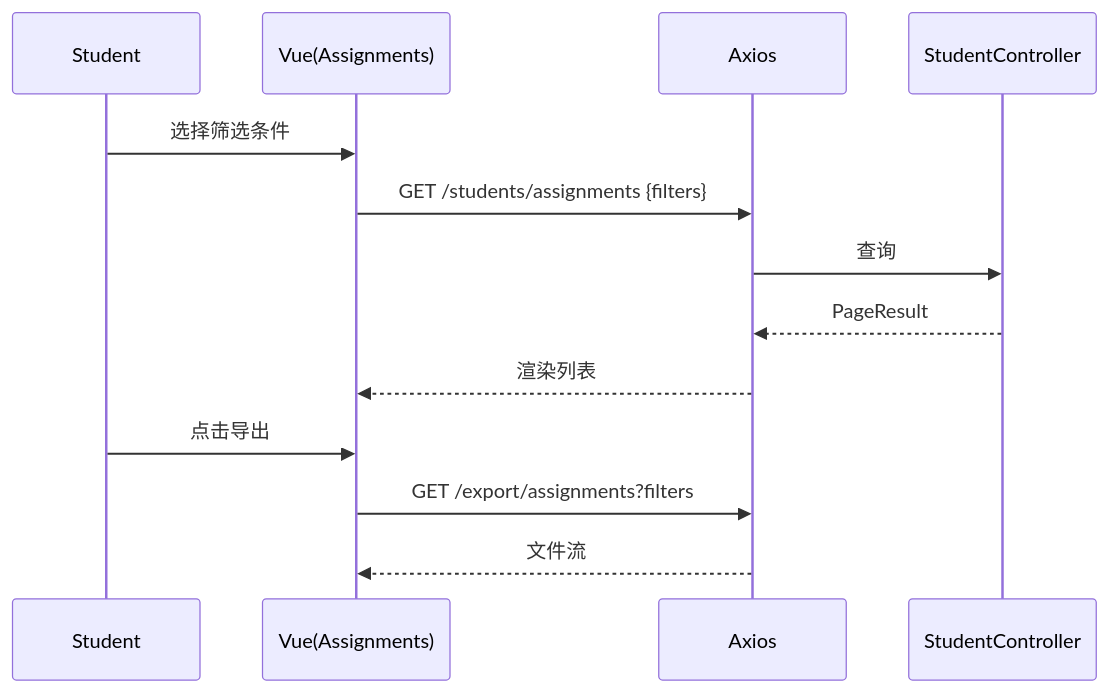
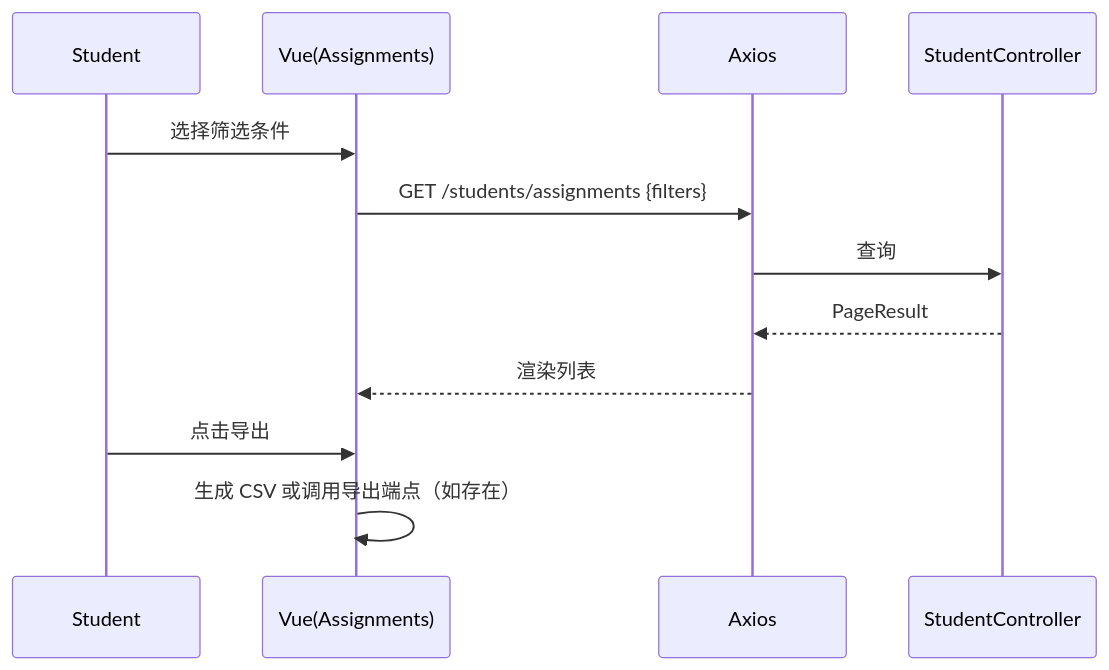
Before and after one commit to Xiaorui-Zhang537/student-core-competency-cultivation-assessment-system: the first of 4 diagrams in docs/cookbook.md, drawn with Mermaid. The commit also changed other lines of this file and 110 other files, not shown here.

````diff
--- a/docs/cookbook.md
+++ b/docs/cookbook.md
@@ -29,16 +39,15 @@
 ```mermaid
 sequenceDiagram
   participant S as Student
   participant V as Vue(Assignments)
   participant A as Axios
   participant C as StudentController
 
   S->>V: 选择筛选条件
   V->>A: GET /students/assignments {filters}
   A->>C: 查询
   C-->>A: PageResult
   A-->>V: 渲染列表
   S->>V: 点击导出
-  V->>A: GET /export/assignments?filters
-  A-->>V: 文件流
+  V->>V: 生成 CSV 或调用导出端点（如存在）
 ```
````
